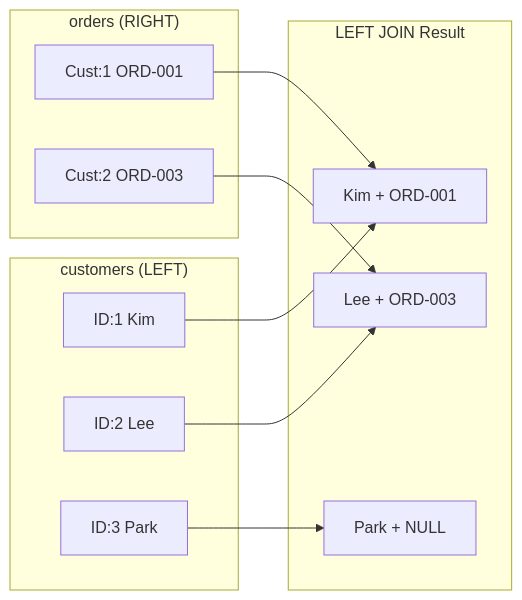
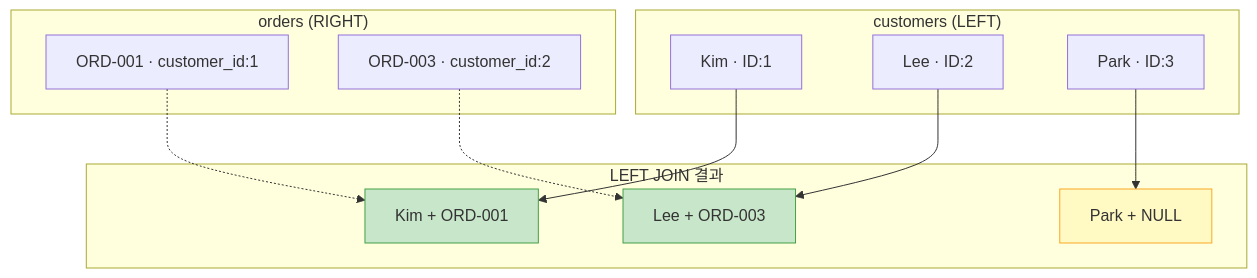
Before and after one commit to civilian7/sql-tutorial: the first of 3 diagrams in docs/ko/intermediate/08-left-join.md, drawn with Mermaid. The commit also changed other lines of this file and 12 other files, not shown here.

First line of the commit message:
Standardize exercises to 10+, add missing topics, improve JOIN diagrams

````diff
--- a/docs/ko/intermediate/08-left-join.md
+++ b/docs/ko/intermediate/08-left-join.md
@@ -10,22 +10,24 @@
 ```mermaid
-flowchart LR
-    subgraph "customers (LEFT)"
-        C1["ID:1 Kim"]
-        C2["ID:2 Lee"]
-        C3["ID:3 Park"]
+flowchart TD
+    subgraph customers["customers (LEFT)"]
+        C1["Kim · ID:1"]
+        C2["Lee · ID:2"]
+        C3["Park · ID:3"]
     end
-    subgraph "orders (RIGHT)"
-        O1["Cust:1 ORD-001"]
-        O3["Cust:2 ORD-003"]
+    subgraph orders["orders (RIGHT)"]
+        O1["ORD-001 · customer_id:1"]
+        O3["ORD-003 · customer_id:2"]
     end
-    subgraph "LEFT JOIN Result"
-        R1["Kim + ORD-001"]
-        R2["Lee + ORD-003"]
-        R3["Park + NULL"]
+    subgraph result["LEFT JOIN 결과"]
+        R1["Kim + ORD-001"]:::matched
+        R2["Lee + ORD-003"]:::matched
+        R3["Park + NULL"]:::kept
     end
     C1 --> R1
     C2 --> R2
     C3 --> R3
-    O1 --> R1
-    O3 --> R2
+    O1 -.-> R1
+    O3 -.-> R2
+    classDef matched fill:#c8e6c9,stroke:#43a047
+    classDef kept fill:#fff9c4,stroke:#f9a825
 ```
````
